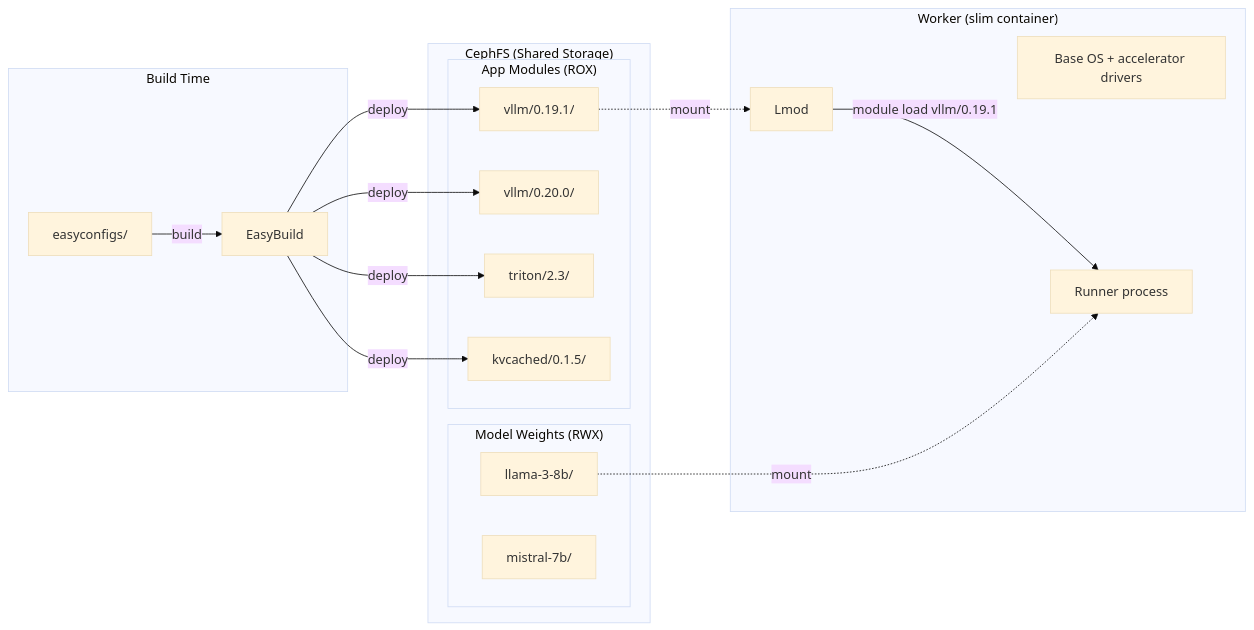
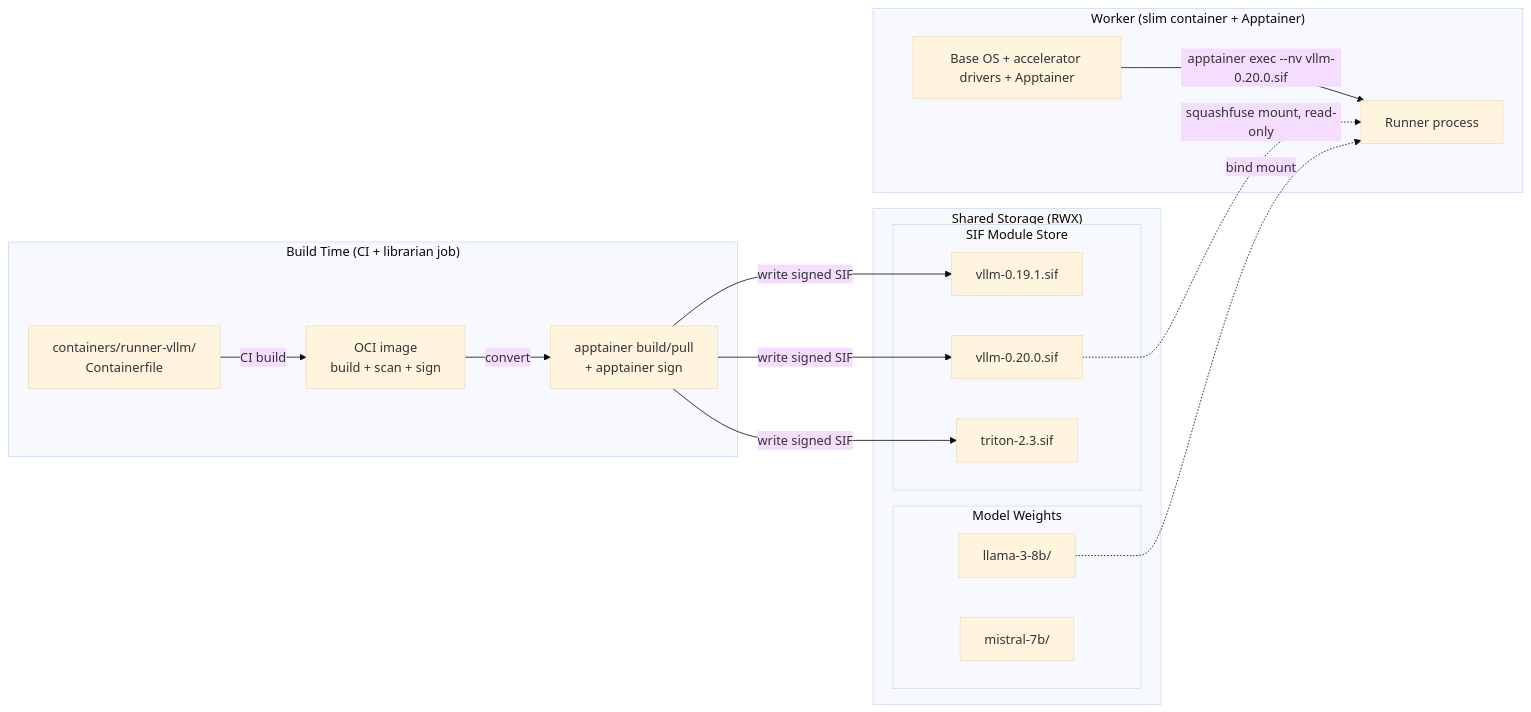
The ninth of 11 diagrams in docs/architecture/overview.md (rh-aiservices-bu/school-of-sardeenz), drawn with Mermaid (base theme) before and after one commit. The commit also changed other lines of this file and 21 other files, not shown here.

````diff
--- a/docs/architecture/overview.md
+++ b/docs/architecture/overview.md
@@ -422,33 +428,33 @@
 ```mermaid
 graph LR
-    subgraph "Build Time"
-        EC[easyconfigs/]
-        EB[EasyBuild]
-        EC -->|build| EB
+    subgraph "Build Time (CI + librarian job)"
+        CF[containers/runner-vllm/<br/>Containerfile]
+        IMG[OCI image<br/>build + scan + sign]
+        SIF[apptainer build/pull<br/>+ apptainer sign]
+        CF -->|CI build| IMG
+        IMG -->|convert| SIF
     end
 
-    subgraph "CephFS (Shared Storage)"
-        subgraph "App Modules (ROX)"
-            V1[vllm/0.19.1/]
-            V2[vllm/0.20.0/]
-            TR[triton/2.3/]
-            KC[kvcached/0.1.5/]
+    subgraph "Shared Storage (RWX)"
+        subgraph "SIF Module Store"
+            V1[vllm-0.19.1.sif]
+            V2[vllm-0.20.0.sif]
+            TR[triton-2.3.sif]
         end
-        subgraph "Model Weights (RWX)"
+        subgraph "Model Weights"
             MW1[llama-3-8b/]
             MW2[mistral-7b/]
         end
     end
 
-    EB -->|deploy| V1 & V2 & TR & KC
+    SIF -->|write signed SIF| V1 & V2 & TR
 
-    subgraph "Worker (slim container)"
-        OS[Base OS + accelerator drivers]
-        LMOD[Lmod]
+    subgraph "Worker (slim container + Apptainer)"
+        OS[Base OS + accelerator drivers + Apptainer]
         PROC[Runner process]
-        LMOD -->|"module load vllm/0.19.1"| PROC
+        OS -->|"apptainer exec --nv vllm-0.20.0.sif"| PROC
     end
 
-    V1 -.->|mount| LMOD
-    MW1 -.->|mount| PROC
+    V2 -.->|squashfuse mount, read-only| PROC
+    MW1 -.->|bind mount| PROC
 ```
````
